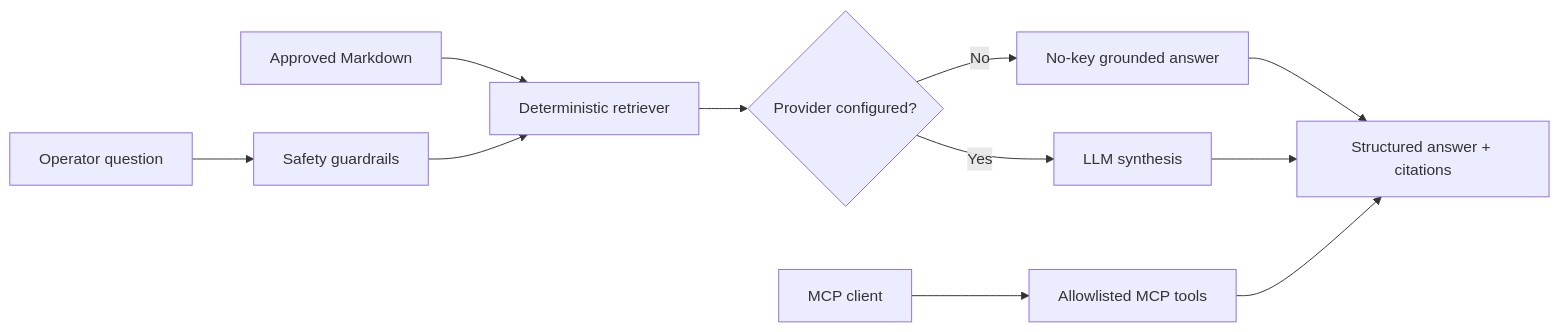
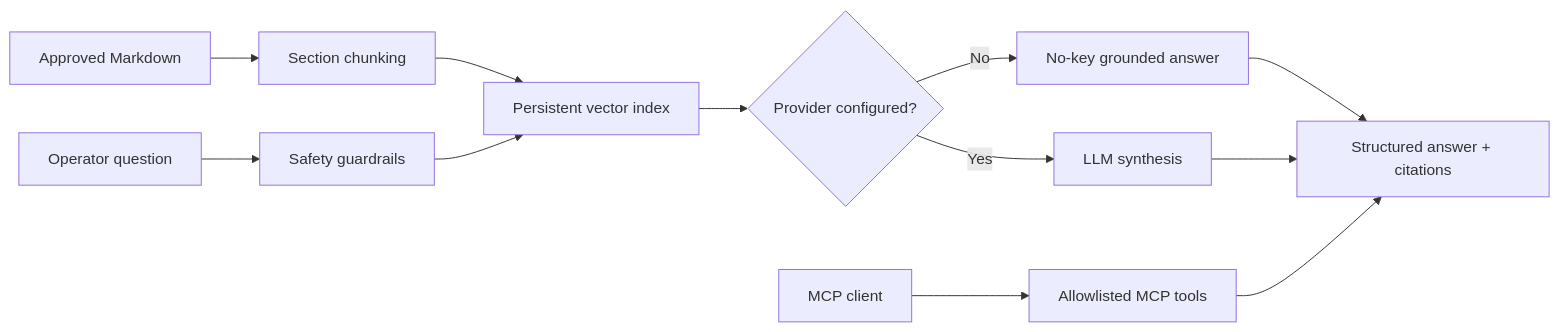
One commit to anveshsvemuri/data-platform-copilot changed the diagram in README.md. Above: the diagram before and after it, drawn with Mermaid. The commit also changed other lines of this file and 10 other files, not shown here.

Commit message:
feat: add persistent section-aware vector retrieval

````diff
--- a/README.md
+++ b/README.md
@@ -9,13 +9,14 @@
 ```mermaid
 flowchart LR
-    A[Approved Markdown] --> B[Deterministic retriever]
+    A[Approved Markdown] --> B[Section chunking]
+    B --> V[Persistent vector index]
     Q[Operator question] --> C[Safety guardrails]
-    C --> B
-    B --> D{Provider configured?}
+    C --> V
+    V --> D{Provider configured?}
     D -->|No| E[No-key grounded answer]
     D -->|Yes| F[LLM synthesis]
     E --> G[Structured answer + citations]
     F --> G
     M[MCP client] --> H[Allowlisted MCP tools]
     H --> G
 ```
````
